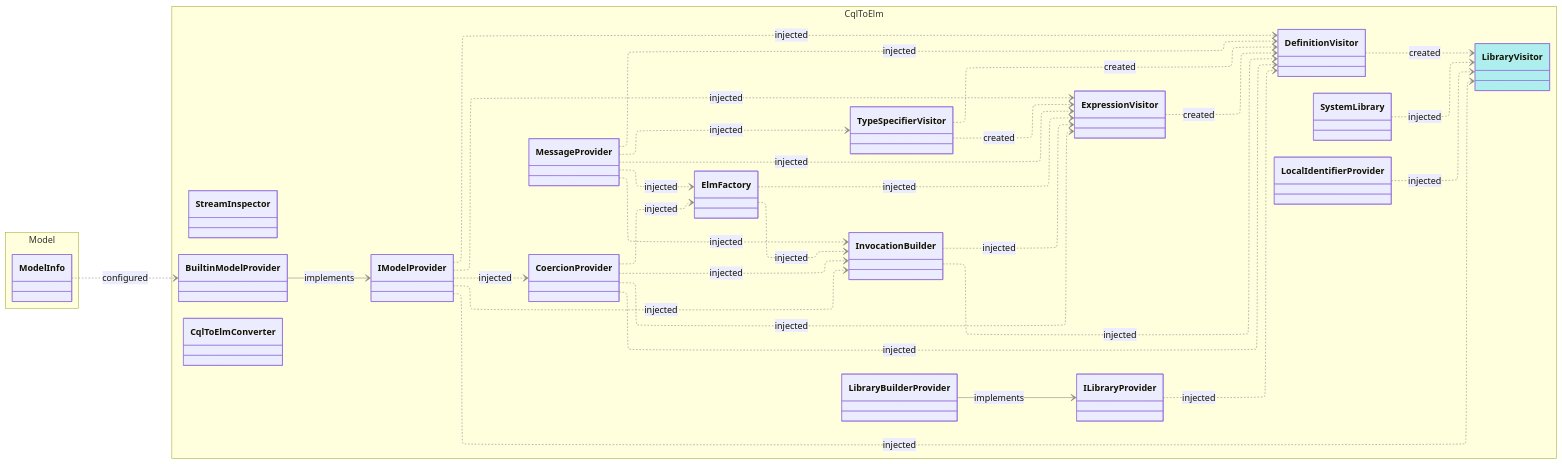
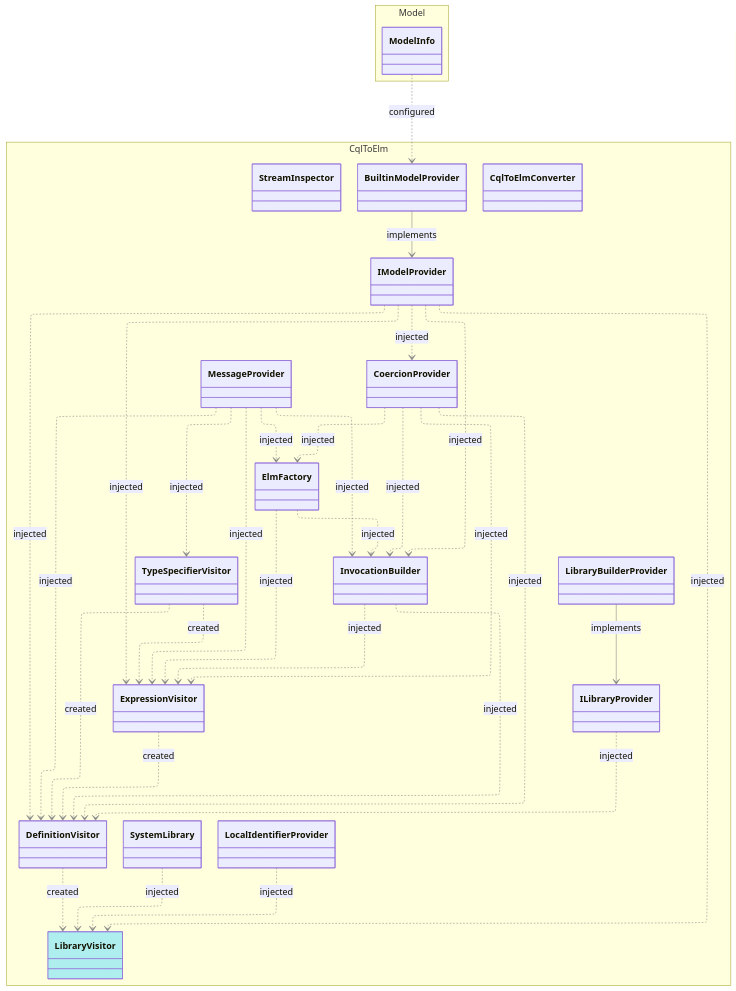
One commit to FirelyTeam/firely-cql-sdk changed the diagram in docs/diagrams/dependency-diagrams.cql-toolkit-services.mmd. Above: the diagram before and after it, drawn with Mermaid. The commit also changed 5 other files, not shown here.

First line of the commit message:
Orient dependency diagrams vertically instead of left-to-right

```diff
--- a/docs/diagrams/dependency-diagrams.cql-toolkit-services.mmd
+++ b/docs/diagrams/dependency-diagrams.cql-toolkit-services.mmd
@@ -1,78 +1,78 @@
 %%{init: {
     'layout': 'elk',
     'themeVariables':{
       'lineColor': '#888',
       'lineWidth': 4
 }}}%%
 
 classDiagram
 
-    direction LR
+    direction TB
 
     namespace CqlToElm {
         class CqlToElmConverter { }
         class LibraryBuilderProvider { }
         class LibraryVisitor { }
         class DefinitionVisitor { }
         class ExpressionVisitor { }
         class TypeSpecifierVisitor { }
         class ILibraryProvider { }
         class IModelProvider { }
         class CoercionProvider { }
         class ElmFactory { }
         class SystemLibrary { }
         class StreamInspector { }
         class InvocationBuilder { }
         class LocalIdentifierProvider { }
         class MessageProvider { }
         class BuiltinModelProvider { }
     }
 
     namespace Model {
         class ModelInfo { }
     }
 
     %% Style Scoped Types as Cyan
     style LibraryVisitor fill:#AFEEEE
 
     %% Inheritance / implements
     BuiltinModelProvider --> IModelProvider : implements
     LibraryBuilderProvider --> ILibraryProvider : implements
 
     %% Dependencies (injected)                                                 
     SystemLibrary ..> LibraryVisitor : injected
     IModelProvider ..> LibraryVisitor : injected
     LocalIdentifierProvider ..> LibraryVisitor : injected
 
     IModelProvider ..> DefinitionVisitor : injected
     ILibraryProvider ..> DefinitionVisitor : injected
     CoercionProvider ..> DefinitionVisitor : injected
     MessageProvider ..> DefinitionVisitor : injected
     InvocationBuilder ..> DefinitionVisitor : injected
 
     IModelProvider ..> ExpressionVisitor : injected
     CoercionProvider ..> ExpressionVisitor : injected
     ElmFactory ..> ExpressionVisitor : injected
     MessageProvider ..> ExpressionVisitor : injected
     InvocationBuilder ..> ExpressionVisitor : injected
 
     MessageProvider ..> TypeSpecifierVisitor : injected
 
     IModelProvider ..> InvocationBuilder : injected
     CoercionProvider ..> InvocationBuilder : injected
     ElmFactory ..> InvocationBuilder : injected
     MessageProvider ..> InvocationBuilder : injected
 
     IModelProvider ..> CoercionProvider : injected
 
     CoercionProvider ..> ElmFactory : injected
     MessageProvider ..> ElmFactory : injected
 
     %% Dependencies (factory-created per LibraryBuilder)
     DefinitionVisitor ..> LibraryVisitor : created
     ExpressionVisitor ..> DefinitionVisitor : created
     TypeSpecifierVisitor ..> DefinitionVisitor : created
     TypeSpecifierVisitor ..> ExpressionVisitor : created
 
     %% Configuration
     ModelInfo ..> BuiltinModelProvider : configured
```
